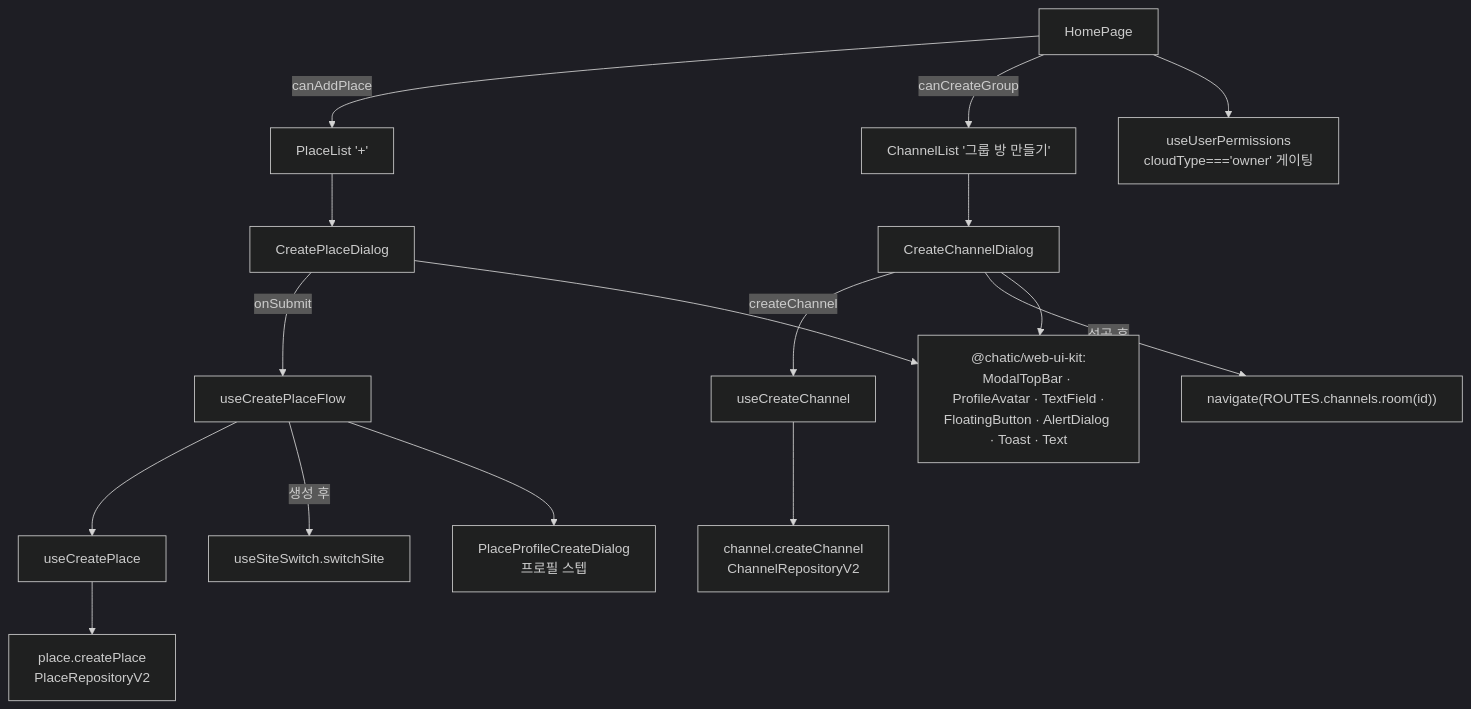
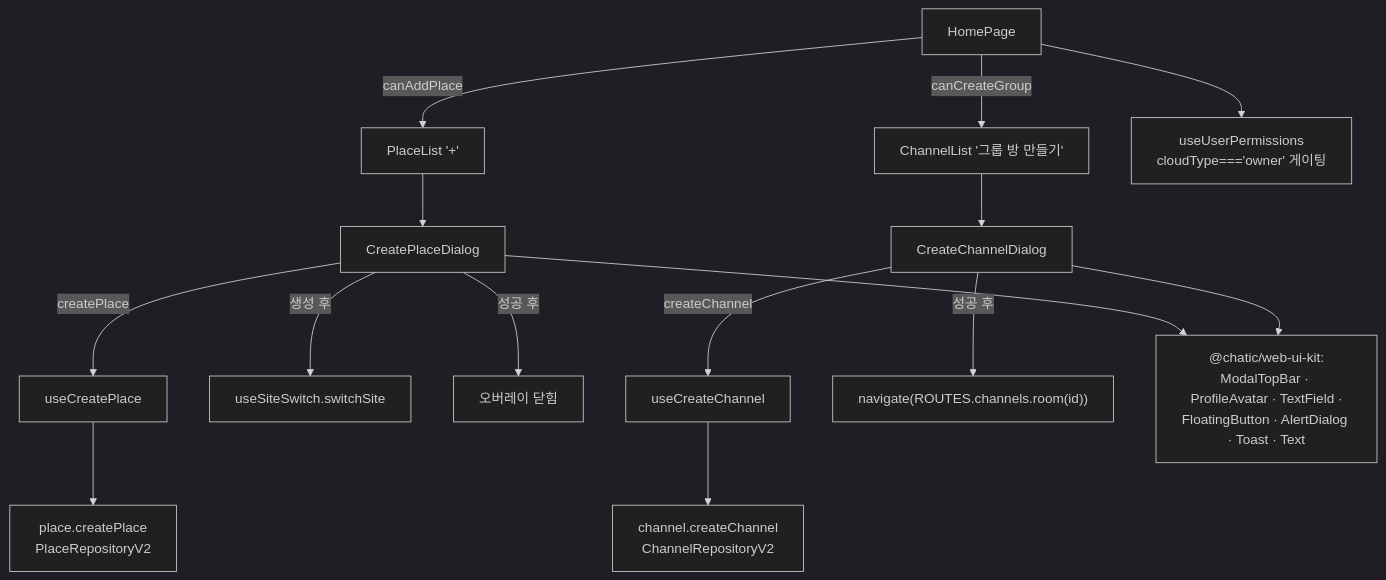
One commit to lemoncloud-io/dou-app changed the first of 2 diagrams in apps/web/docs/feature/home/place-channel-create.md. Above: the diagram before and after it, drawn with Mermaid (dark theme). The commit also changed other lines of this file and 11 other files, not shown here.

First line of the commit message:
refactor(web/home): fold the create-place flow back into the dialog, drop the mandatory profile step

````diff
--- a/apps/web/docs/feature/home/place-channel-create.md
+++ b/apps/web/docs/feature/home/place-channel-create.md
@@ -93,23 +96,20 @@
 ```mermaid
 flowchart TD
     HP[HomePage] -->|canAddPlace| PL[PlaceList '+']
     HP -->|canCreateGroup| CL[ChannelList '그룹 방 만들기']
     PL --> PD[CreatePlaceDialog]
     CL --> CD[CreateChannelDialog]
 
-    HPP[useCreatePlace] --> PR[place.createPlace<br/>PlaceRepositoryV2]
-    SW[useSiteSwitch.switchSite]
+    PD -->|createPlace| HPP[useCreatePlace]
+    HPP --> PR[place.createPlace<br/>PlaceRepositoryV2]
+    PD -->|생성 후| SW[useSiteSwitch.switchSite]
+    PD -->|성공 후| CLOSE[오버레이 닫힘]
 
     CD -->|createChannel| HCC[useCreateChannel]
     HCC --> CR[channel.createChannel<br/>ChannelRepositoryV2]
     CD -->|성공 후| NAV["navigate(ROUTES.channels.room(id))"]
 
-    PD -->|onSubmit| CPF[useCreatePlaceFlow]
-    CPF --> HPP
-    CPF -->|생성 후| SW
-    CPF --> PPD[PlaceProfileCreateDialog<br/>프로필 스텝]
-
     PD --> UIK["@chatic/web-ui-kit:<br/>ModalTopBar · ProfileAvatar · TextField ·<br/>FloatingButton · AlertDialog · Toast · Text"]
     CD --> UIK
     HP --> PERM[useUserPermissions<br/>cloudType==='owner' 게이팅]
 ```
````
